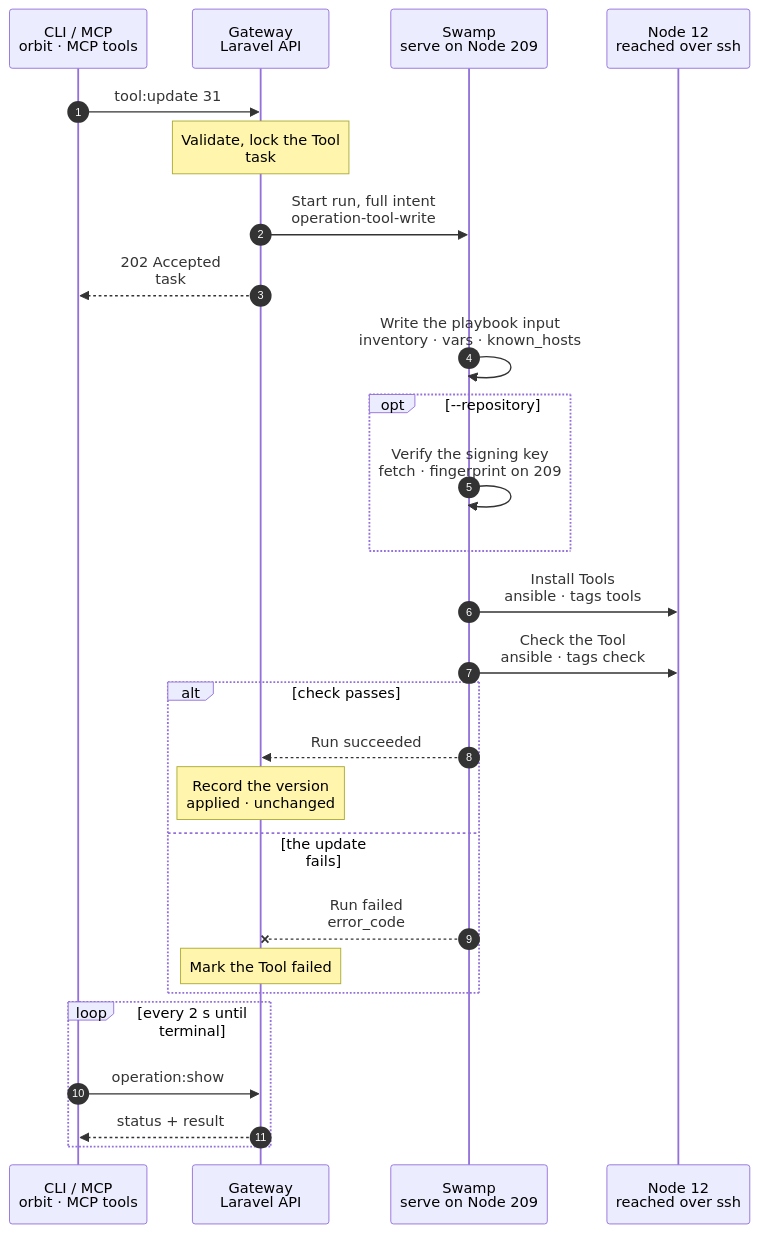
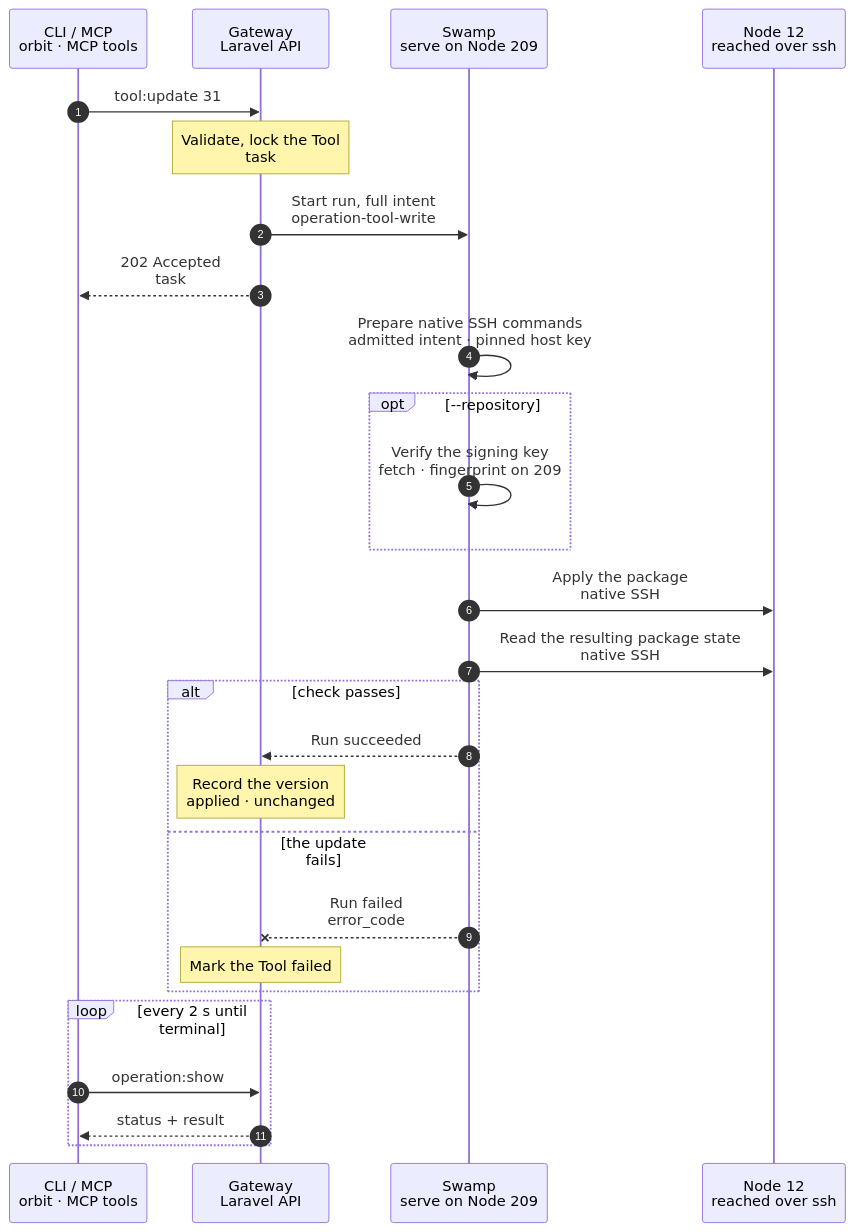
One commit to hardimpactdev/orbit changed the diagram in docs/cli/tool/update.mmd. Above: the diagram before and after it, drawn with Mermaid. The commit also changed 58 other files, not shown here.

Commit message:
Repair Tool convergence, Doctor, and protected Conn membership

```diff
--- a/docs/cli/tool/update.mmd
+++ b/docs/cli/tool/update.mmd
@@ -1,50 +1,51 @@
 sequenceDiagram
   %% docs/reference/tools.md#install-and-update-a-tool
   %% status: draft
   %% command: tool:update
   %% kind: tool.update
   %% Pinned Debian downloads use native SSH curl exit codes for transport-only fallback, then verify the pin before publication.
   autonumber
   %% lane CLI icon=terminal pill=caller tone=gray
   %% lane GW icon=gateway pill=intent tone=blue
   %% lane SW icon=workflow pill=executes tone=green
   %% lane N icon=server pill=target tone=amber
   participant CLI as CLI / MCP<br/>orbit · MCP tools
   participant GW as Gateway<br/>Laravel API
   participant SW as Swamp<br/>serve on Node 209
   participant N as Node 12<br/>reached over ssh
   CLI->>GW: tool:update 31
   %%> Command:
   %%> - `orbit tool:update 31`
   %%> - syntax: `<tool> [--tool-version=VERSION] [--repository=JSON] [--idempotency-key=KEY] [--json]`
   Note over GW: Validate, lock the Tool<br/>task #5134 · ripgrep on Node 12
   %%> Requirements:
   %%> - your Node has an access grant to Node 12
   %%> - file mode requires its declared coordinate without overrides; database mode retains an existing pin unless the caller supplies a new one
+  %%> - a host `conn-server` update records the desired release without a Swamp run; an explicit rollout applies it
   GW->>SW: Start run, full intent<br/>operation-tool-write
   GW-->>CLI: 202 Accepted<br/>task #5134
-  SW->>SW: Write the playbook input<br/>inventory · vars · known_hosts
+  SW->>SW: Prepare native SSH commands<br/>admitted intent · pinned host key
   opt --repository
     SW->>SW: Verify the signing key<br/>fetch · fingerprint on 209
     %%> Why on 209:
     %%> - a wrong key stops the run before Node 12 is touched
   end
-  SW->>N: Install Tools<br/>ansible · tags tools
-  %%> Why the converge phase:
-  %%> - an update is the same phase as an install, limited to this Tool
+  SW->>N: Apply the package<br/>native SSH
+  %%> Scope:
+  %%> - update uses the direct install/update workflow, limited to this Tool; it shares admission and candidate policy, not the Ansible executor, with convergence
   %%> Version:
   %%> - select the exact admitted version, or the manager's candidate for an unpinned database Tool; check the constraint before writing
-  SW->>N: Check the Tool<br/>ansible · tags check
+  SW->>N: Read the resulting package state<br/>native SSH
   alt check passes
     SW-->>GW: Run succeeded
     Note over GW: Record the version<br/>applied · unchanged
   else the update fails
     SW--xGW: Run failed<br/>error_code
     %%> On failure:
     %%> - the Tool keeps its old version when the package manager did not change it
     Note over GW: Mark the Tool failed
   end
   loop every 2 s until terminal
     CLI->>GW: operation:show #5134
     GW-->>CLI: status + result
   end
```
